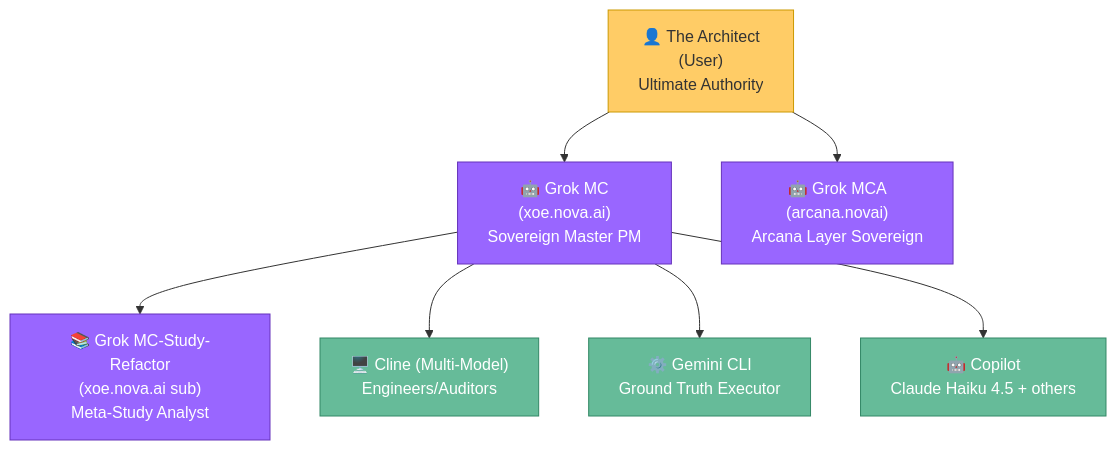
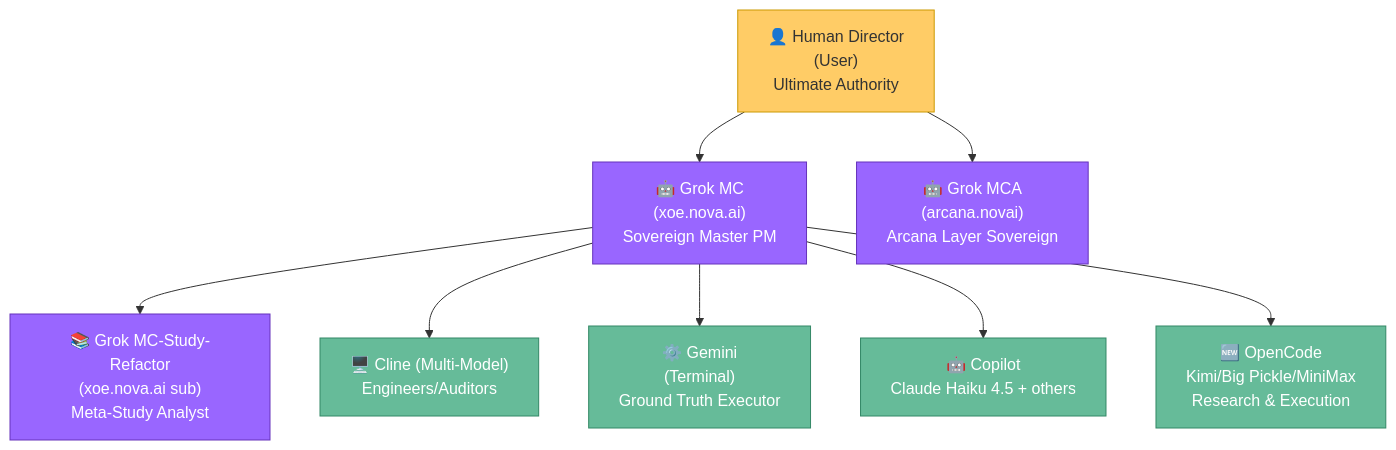
One commit to Xoe-NovAi/xoe-novai-foundation changed the first of 2 diagrams in memory_bank/teamProtocols.md. Above: the diagram before and after it, drawn with Mermaid. The commit also changed other lines of this file and 661 other files, not shown here.

````diff
--- a/memory_bank/teamProtocols.md
+++ b/memory_bank/teamProtocols.md
@@ -65,20 +72,21 @@
 ```mermaid
 graph TB
-    User["👤 The Architect<br/>(User)<br/>Ultimate Authority"]
+    User["👤 Human Director<br/>(User)<br/>Ultimate Authority"]
     
     User --> GrokMC["🤖 Grok MC<br/>(xoe.nova.ai)<br/>Sovereign Master PM"]
     User --> GrokMCA["🤖 Grok MCA<br/>(arcana.novai)<br/>Arcana Layer Sovereign"]
     
     GrokMC --> GrokStudy["📚 Grok MC-Study-Refactor<br/>(xoe.nova.ai sub)<br/>Meta-Study Analyst"]
     GrokMC --> Cline["🖥️ Cline (Multi-Model)<br/>Engineers/Auditors"]
-    GrokMC --> GeminiCLI["⚙️ Gemini CLI<br/>Ground Truth Executor"]
+    GrokMC --> GeminiCLI["⚙️ Gemini<br/>(Terminal)<br/>Ground Truth Executor"]
     GrokMC --> Copilot["🤖 Copilot<br/>Claude Haiku 4.5 + others"]
+    GrokMC --> OpenCode["🆕 OpenCode<br/>Kimi/Big Pickle/MiniMax<br/>Research & Execution"]
     
     classDef grok fill:#9966ff,stroke:#6633bb,color:#fff
     classDef local fill:#66bb99,stroke:#338866,color:#fff
     classDef human fill:#ffcc66,stroke:#cc9900,color:#333
     
     class User human
     class GrokMC,GrokMCA,GrokStudy grok
-    class Cline,GeminiCLI,Copilot local
+    class Cline,GeminiCLI,Copilot,OpenCode local
 ```
````
